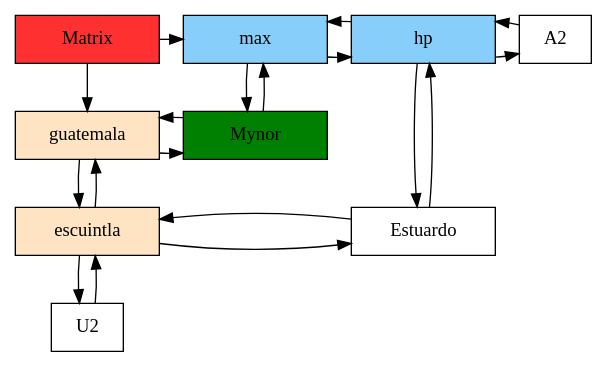
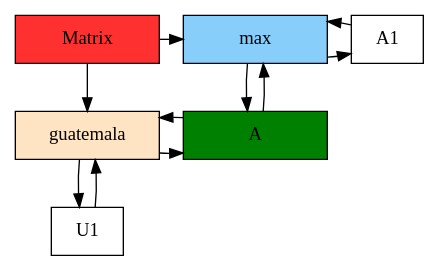
One commit to MEFM/SistemaDeRentas changed the diagram in Matriz.dot. Above: the diagram before and after it, drawn with Graphviz. The commit also changed 26 other files, not shown here.

```diff
--- a/Matriz.dot
+++ b/Matriz.dot
@@ -1,42 +1,29 @@
 digraph a{
 node[shape=box];
-C01566848[ label = "Matrix", width = 1.5, style = filled, fillcolor = firebrick1, group = 1 ];
+C01066848[ label = "Matrix", width = 1.5, style = filled, fillcolor = firebrick1, group = 1 ];
 U0 [label = "guatemala"    pos = "5.3, 3.5!" width = 1.5 style = filled, fillcolor = bisque1, group = 1 ];
-U1 [label = "escuintla"    pos = "5.3, 3.5!" width = 1.5 style = filled, fillcolor = bisque1, group = 1 ];
-C01566848->U0
+C01066848->U0
 U0-> U1
 U1-> U0
-U1-> U2
-U2-> U1
 
 
 A0 [label = max   width = 1.5 style = filled, fillcolor = lightskyblue, group = 2 ];
-A1 [label = hp   width = 1.5 style = filled, fillcolor = lightskyblue, group = 3 ];
-C01566848->A0
+C01066848->A0
 A0-> A1
 A1-> A0
-A1-> A2
-A2-> A1
 {rank = same;
-C01566848;
+C01066848;
 A0;
 A1;
-A2;
 }
 
 
-N0[label ="Mynor" width = 1.5,style = filled, fillcolor = green, group =2];
-N1[label ="Estuardo" width = 1.5, group =3];
+N0[label ="A" width = 1.5,style = filled, fillcolor = green, group =2];
 
 U0->N0;
 N0->U0;
 A0->N0;
 N0->A0;
-U1->N1;
-N1->U1;
-A1->N1;
-N1->A1;
 
 {rank = same;U0;N0;}
-{rank = same;U1;N1;}
 }
```
